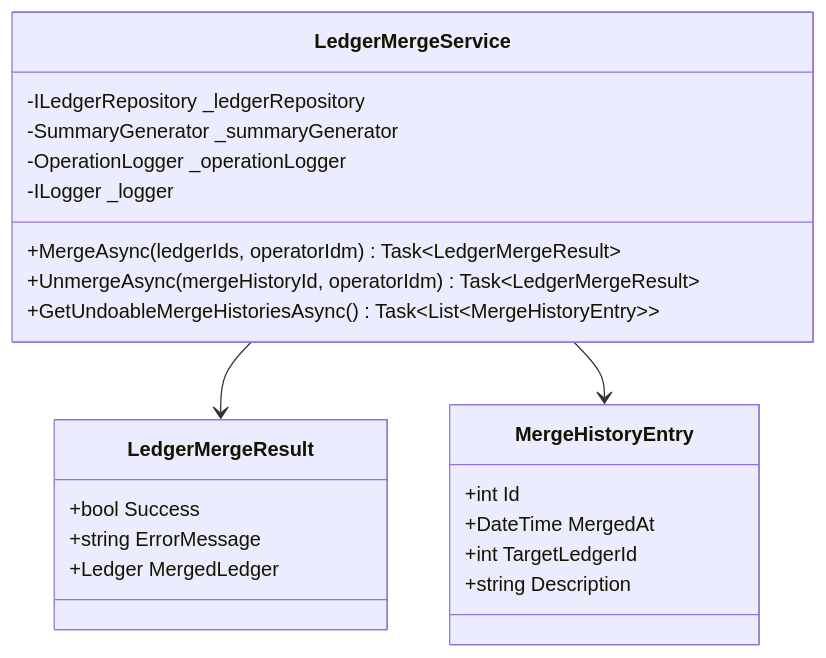
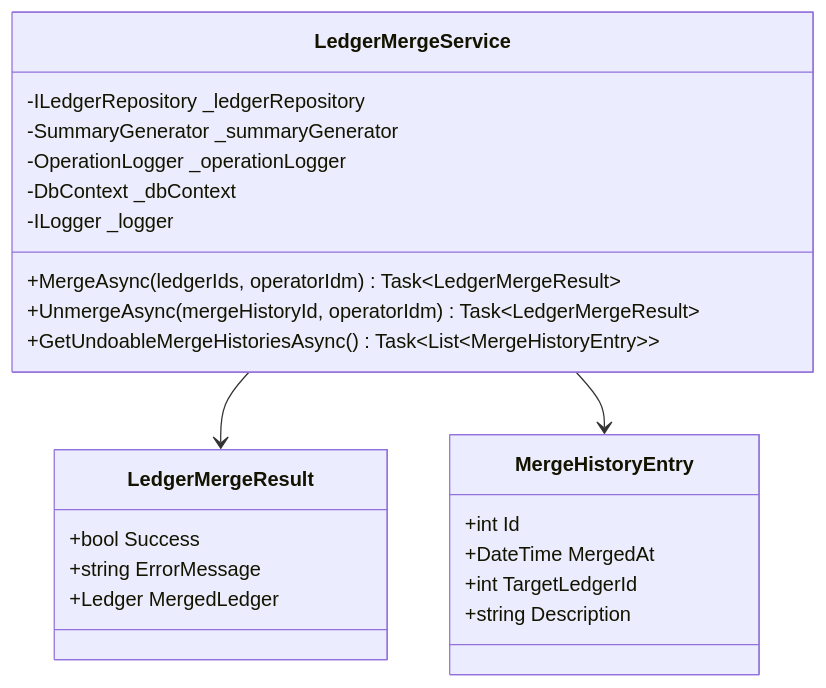
One commit to kuwayamamasayuki/ICCardManager changed diagram 23 of 51 in ICCardManager/docs/design/05_クラス設計書.md. Above: the diagram before and after it, drawn with Mermaid. The commit also changed other lines of this file and 12 other files, not shown here.

````diff
--- a/ICCardManager/docs/design/05_クラス設計書.md
+++ b/ICCardManager/docs/design/05_クラス設計書.md
@@ -1459,28 +1463,29 @@
 ```mermaid
 classDiagram
     class LedgerMergeService {
         -ILedgerRepository _ledgerRepository
         -SummaryGenerator _summaryGenerator
         -OperationLogger _operationLogger
+        -DbContext _dbContext
         -ILogger _logger
         +MergeAsync(ledgerIds, operatorIdm) Task~LedgerMergeResult~
         +UnmergeAsync(mergeHistoryId, operatorIdm) Task~LedgerMergeResult~
         +GetUndoableMergeHistoriesAsync() Task~List~MergeHistoryEntry~~
     }
 
     class LedgerMergeResult {
         +bool Success
         +string ErrorMessage
         +Ledger MergedLedger
     }
 
     class MergeHistoryEntry {
         +int Id
         +DateTime MergedAt
         +int TargetLedgerId
         +string Description
     }
 
     LedgerMergeService --> LedgerMergeResult
     LedgerMergeService --> MergeHistoryEntry
 ```
````
